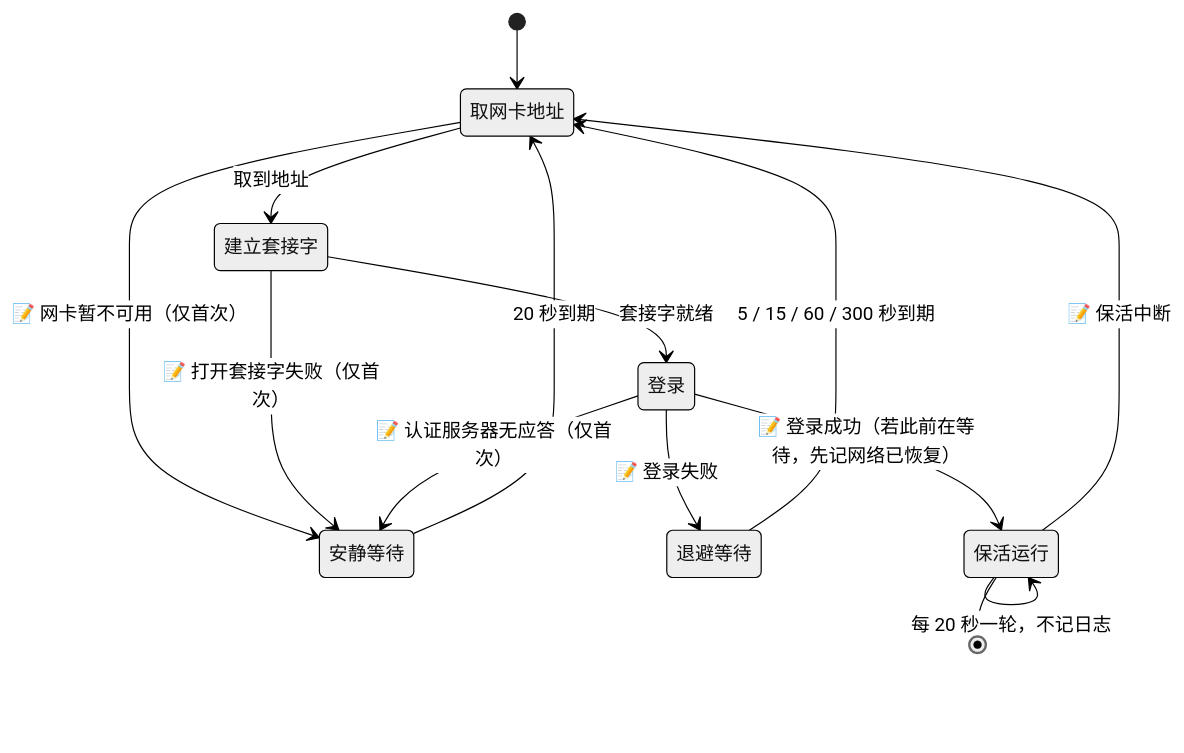
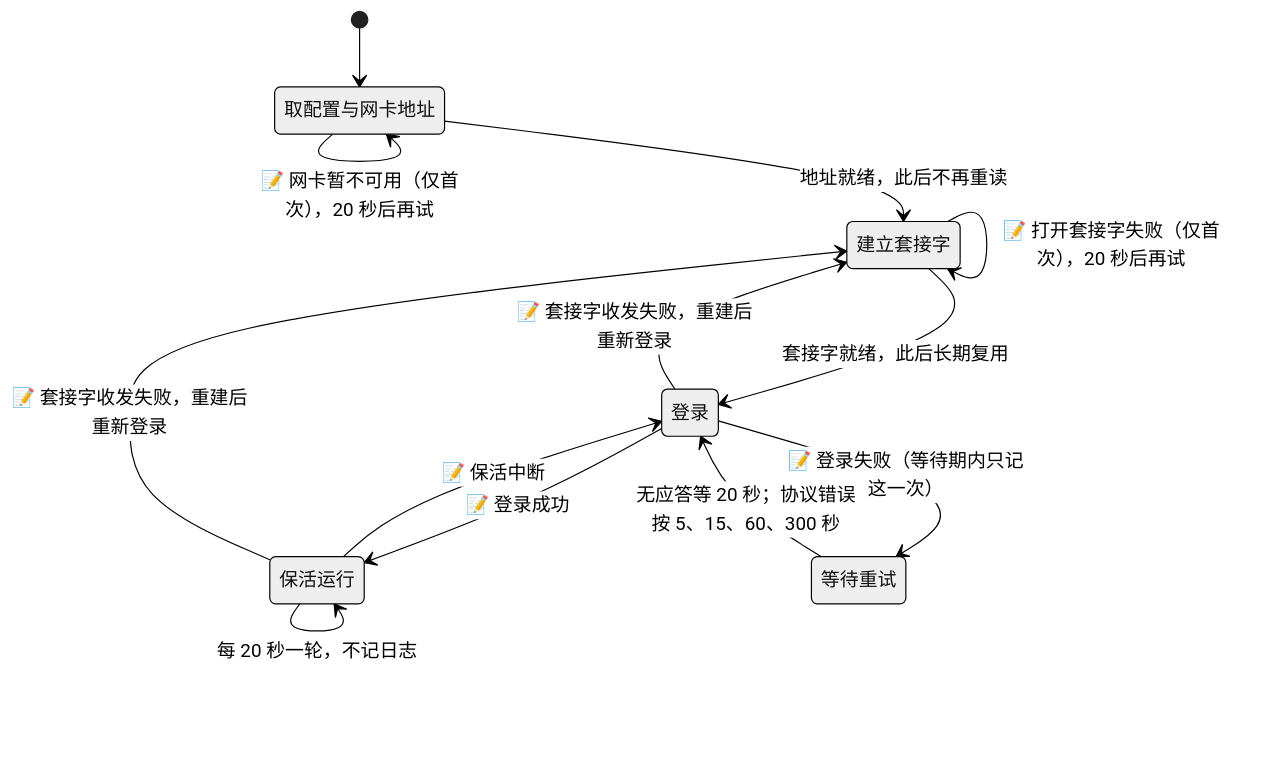
Before and after one commit to EmptyVessel-000/Drcom-Go: the diagram in README.md, drawn with Mermaid (neutral theme). The commit also changed other lines of this file and 4 other files, not shown here.

````diff
--- a/README.md
+++ b/README.md
@@ -39,16 +38,20 @@
 ```mermaid
 stateDiagram-v2
-    [*] --> 取网卡地址
-    取网卡地址 --> 安静等待: 📝 网卡暂不可用（仅首次）
-    取网卡地址 --> 建立套接字: 取到地址
-    建立套接字 --> 安静等待: 📝 打开套接字失败（仅首次）
-    建立套接字 --> 登录: 套接字就绪
-    登录 --> 安静等待: 📝 认证服务器无应答（仅首次）
-    登录 --> 退避等待: 📝 登录失败
-    登录 --> 保活运行: 📝 登录成功（若此前在等待，先记网络已恢复）
-    安静等待 --> 取网卡地址: 20 秒到期
-    退避等待 --> 取网卡地址: 5 / 15 / 60 / 300 秒到期
+    %% 启动准备：只做一次
+    [*] --> 取配置与网卡地址
+    取配置与网卡地址 --> 建立套接字: 地址就绪，此后不再重读
+    取配置与网卡地址 --> 取配置与网卡地址: 📝 网卡暂不可用（仅首次），20 秒后再试
+    建立套接字 --> 登录: 套接字就绪，此后长期复用
+    建立套接字 --> 建立套接字: 📝 打开套接字失败（仅首次），20 秒后再试
+
+    %% 登录：成功转入保活，失败进入等待
+    登录 --> 保活运行: 📝 登录成功
+    登录 --> 等待重试: 📝 登录失败（等待期内只记这一次）
+    等待重试 --> 登录: 无应答等 20 秒；协议错误按 5、15、60、300 秒
+    登录 --> 建立套接字: 📝 套接字收发失败，重建后重新登录
+
+    %% 保活：每 20 秒一轮，中断就回到登录
+    保活运行 --> 登录: 📝 保活中断
+    保活运行 --> 建立套接字: 📝 套接字收发失败，重建后重新登录
     保活运行 --> 保活运行: 每 20 秒一轮，不记日志
-    保活运行 --> 取网卡地址: 📝 保活中断
-    保活运行 --> [*]
 ```
````
